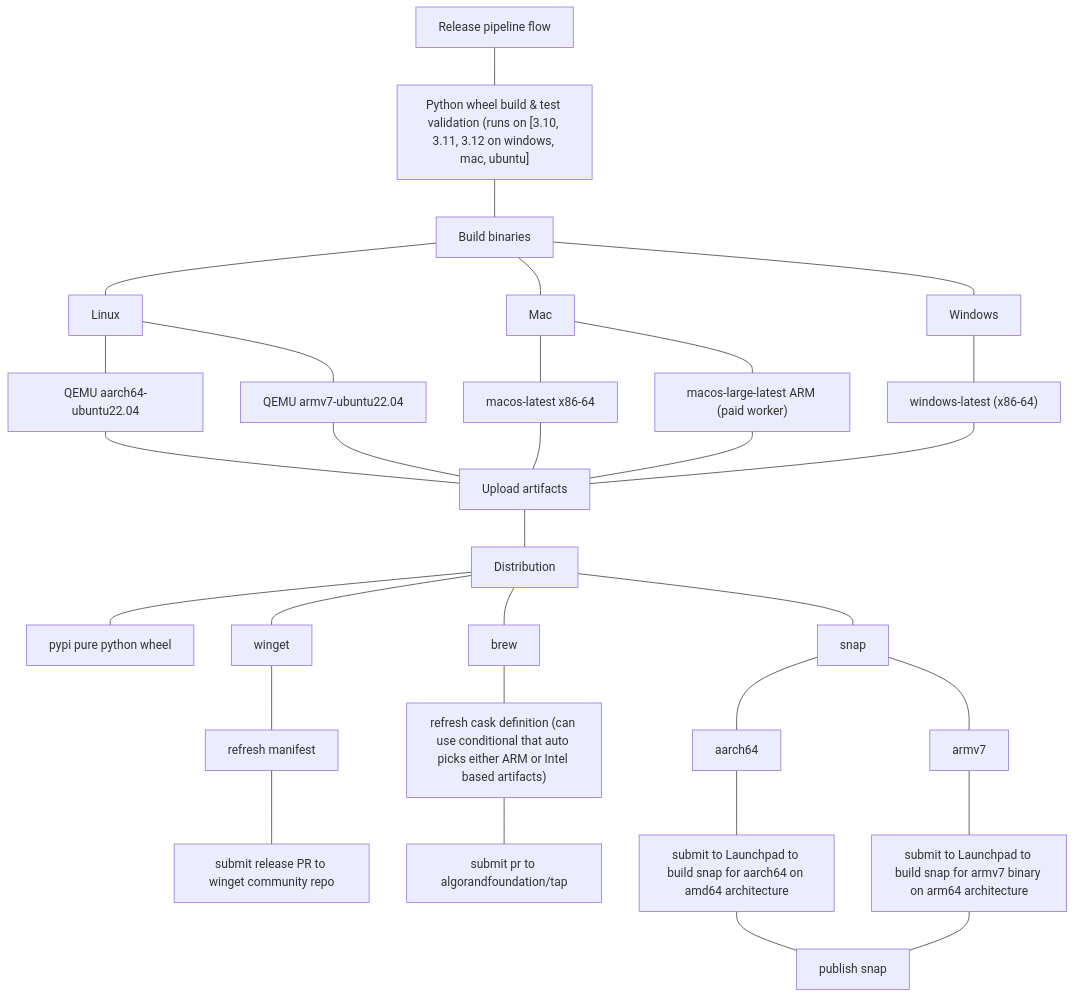
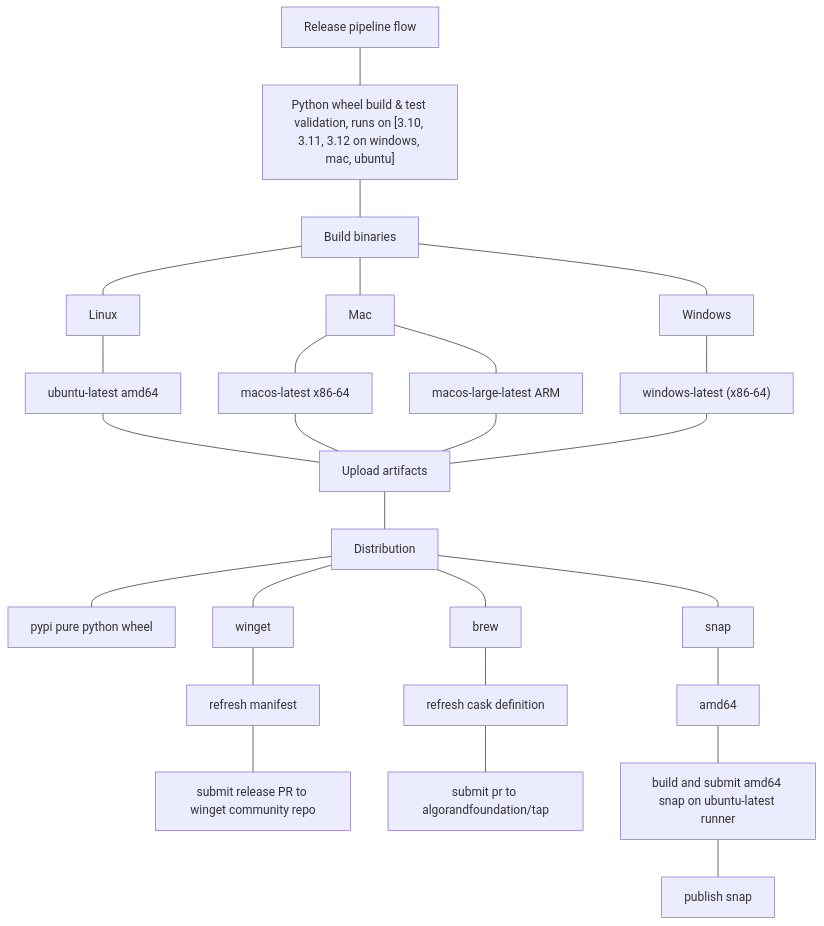
One commit to algorandfoundation/algokit-cli changed the first of 3 diagrams in docs/architecture-decisions/2024-01-31_binary_distribution.md. Above: the diagram before and after it, drawn with Mermaid. The commit also changed other lines of this file, not shown here.

````diff
--- a/docs/architecture-decisions/2024-01-31_binary_distribution.md
+++ b/docs/architecture-decisions/2024-01-31_binary_distribution.md
@@ -32,34 +32,29 @@
 ```mermaid
 flowchart
-    n1["Release pipeline flow"]
-	n1 --- n2["Python wheel build &amp; test validation (runs on [3.10, 3.11, 3.12 on windows, mac, ubuntu]"]
+  n1["Release pipeline flow"]
+	n1 --- n2["Python wheel build & test validation, runs on [3.10, 3.11, 3.12 on windows, mac, ubuntu]"]
 	n2 --- n3["Build binaries"]
 	n3 --- n4["Linux"]
 	n3 --- n5["Mac"]
 	n3 --- n6["Windows"]
-	n4 --- n7["QEMU aarch64-ubuntu22.04"]
-	n4 --- n8["QEMU armv7-ubuntu22.04"]
+	n4 --- n7["ubuntu-latest amd64"]
 	n7 --- n9["Upload artifacts"]
 	n5 --- n10["macos-latest x86-64"]
-	n5 --- n11["macos-large-latest ARM (paid worker)"]
+	n5 --- n11["macos-large-latest ARM"]
 	n6 --- n12["windows-latest (x86-64)"]
-	n8 --- n9
 	n10 --- n9
 	n11 --- n9
 	n12 --- n9
 	n9 --- n13["Distribution"]
 	n13 --- n14["pypi pure python wheel"]
 	n13 --- n15["snap"]
 	n13 --- n16["brew"]
 	n13 --- n17["winget"]
 	n17 --- n18["refresh manifest"]
-	n18 --- n19["submit release PR to winget community repo "]
-	n16 --- n20["refresh cask definition (can use conditional that auto picks either ARM or Intel based artifacts)"]
+	n18 --- n19["submit release PR to winget community repo"]
+	n16 --- n20["refresh cask definition"]
 	n20 --- n21["submit pr to algorandfoundation/tap"]
-	n15 --- n22["aarch64"]
-	n15 --- n23["armv7"]
-	n22 --- n24["submit to Launchpad to build snap for aarch64 on amd64 architecture"]
-	n23 --- n25["submit to Launchpad to build snap for armv7 binary on arm64 architecture"]
-	n24 --- n26["publish snap"]
-	n25 --- n26
+	n15 --- n22["amd64"]
+	n22 --- n23["build and submit amd64 snap on ubuntu-latest runner"]
+	n23 --- n24["publish snap"]
 ```
````
